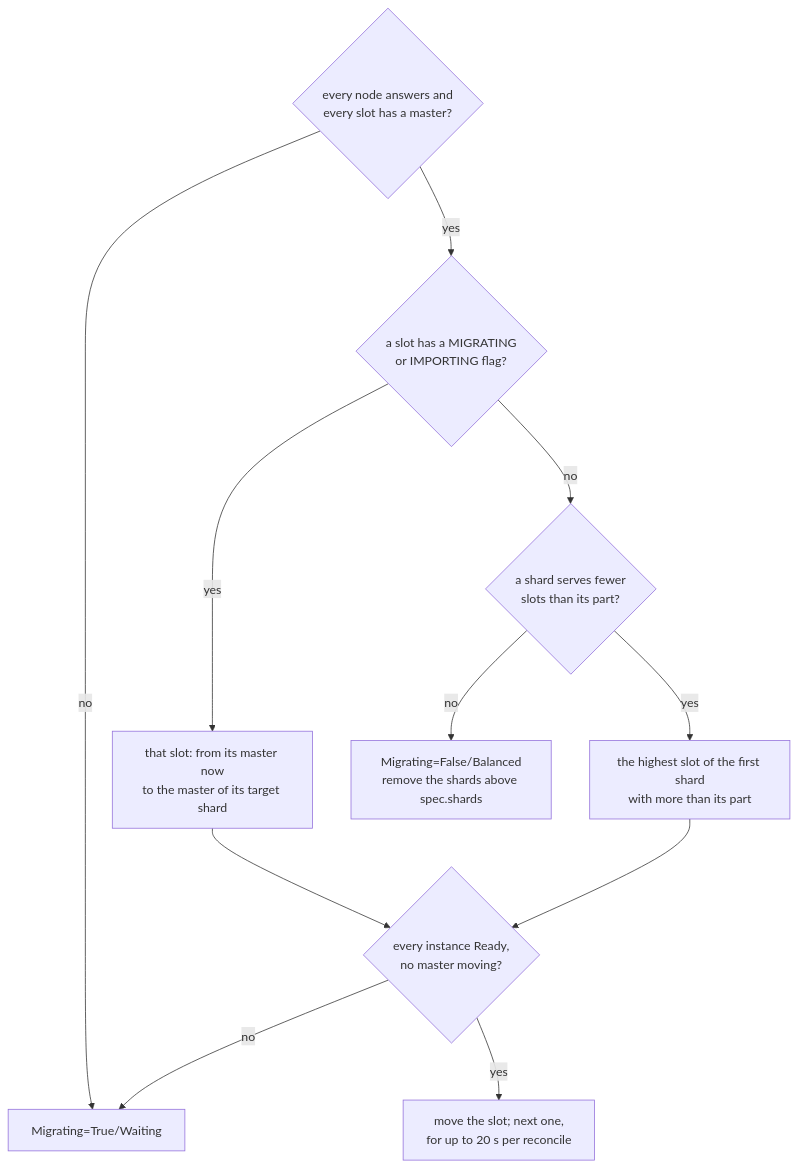
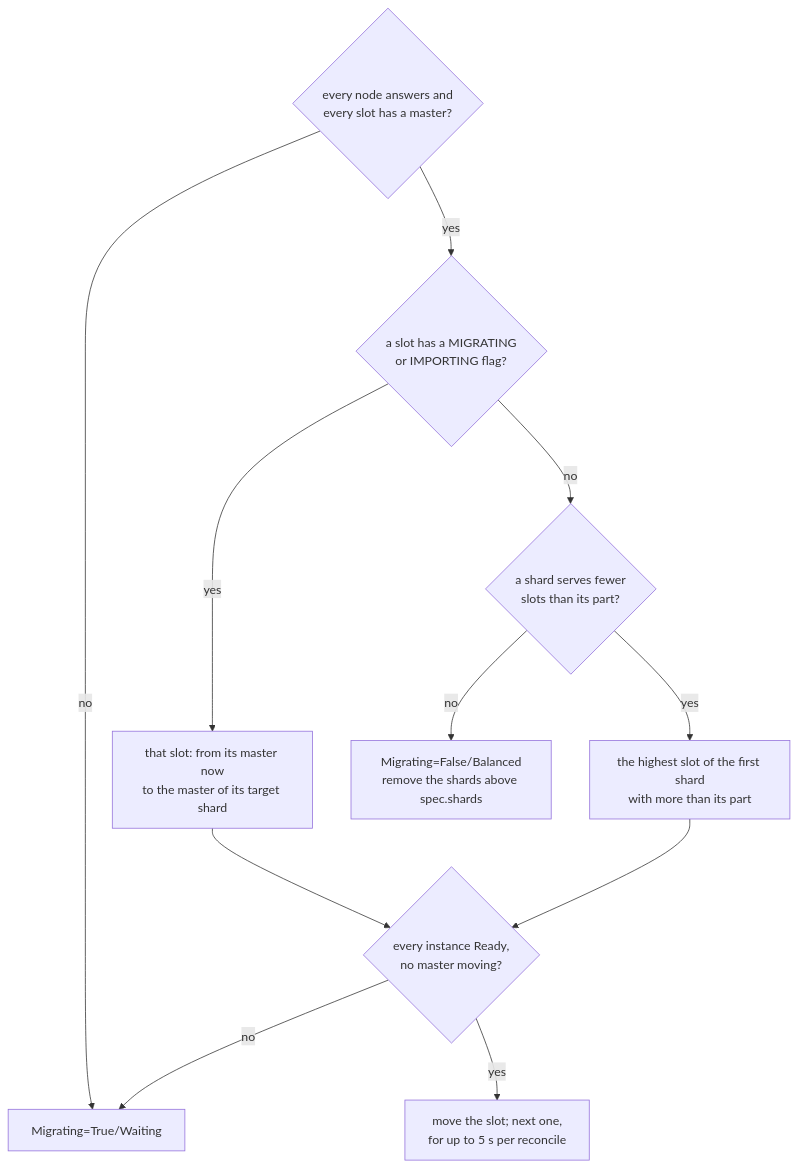
Diagram 15 of 15 in docs/architecture.md (MrPickle311/redis-operator), drawn with Mermaid before and after one commit. The commit also changed other lines of this file and 30 other files, not shown here.

````diff
--- a/docs/architecture.md
+++ b/docs/architecture.md
@@ -1556,13 +1748,13 @@
 ```mermaid
 flowchart TD
     A{"every node answers and<br/>every slot has a master?"} -- no --> W["Migrating=True/Waiting"]
     A -- yes --> B{"a slot has a MIGRATING<br/>or IMPORTING flag?"}
     B -- yes --> F["that slot: from its master now<br/>to the master of its target shard"]
     B -- no --> C{"a shard serves fewer<br/>slots than its part?"}
     C -- no --> OK["Migrating=False/Balanced<br/>remove the shards above spec.shards"]
     C -- yes --> D["the highest slot of the first shard<br/>with more than its part"]
     F --> G{"every instance Ready,<br/>no master moving?"}
     D --> G
     G -- no --> W
-    G -- yes --> M["move the slot; next one,<br/>for up to 20 s per reconcile"]
+    G -- yes --> M["move the slot; next one,<br/>for up to 5 s per reconcile"]
 ```
````
